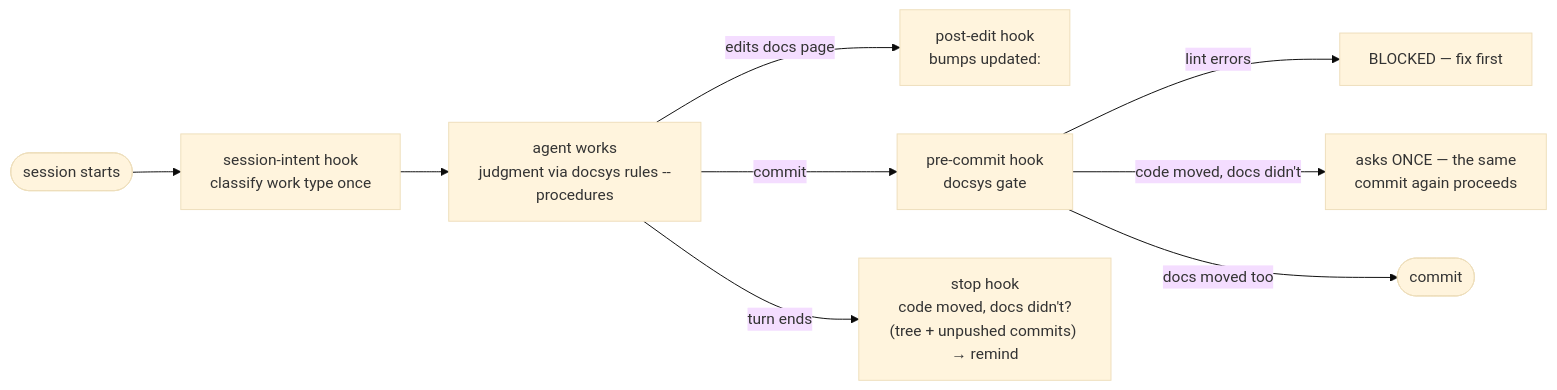
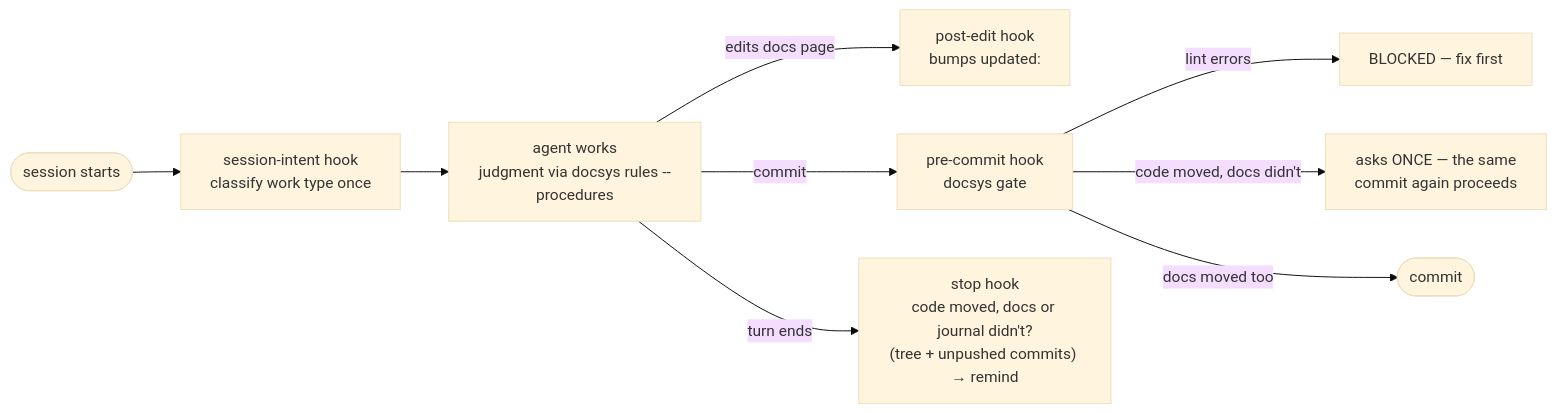
The fourth of 5 diagrams in README.md (FatihErtugral/docsys), drawn with Mermaid (base theme) before and after one commit. The commit also changed other lines of this file and 20 other files, not shown here.

First line of the commit message:
lint: R-061 domain includes work pages, checkbox-less list items are errors; local day; journal reminder; README quick start

````diff
--- a/README.md
+++ b/README.md
@@ -124,11 +124,11 @@
 ```mermaid
 flowchart LR
     S([session starts]) --> SI["session-intent hook<br/>classify work type once"]
     SI --> WORK["agent works<br/>judgment via docsys rules --procedures"]
     WORK -- "edits docs page" --> PU["post-edit hook<br/>bumps updated:"]
     WORK -- "commit" --> PC["pre-commit hook<br/>docsys gate"]
-    WORK -- "turn ends" --> ST["stop hook<br/>code moved, docs didn't?<br/>(tree + unpushed commits) → remind"]
+    WORK -- "turn ends" --> ST["stop hook<br/>code moved, docs or journal didn't?<br/>(tree + unpushed commits) → remind"]
     PC -- "lint errors" --> BLOCK[BLOCKED — fix first]
     PC -- "code moved, docs didn't" --> ASK["asks ONCE — the same<br/>commit again proceeds"]
     PC -- "docs moved too" --> DONE([commit])
 ```
````
